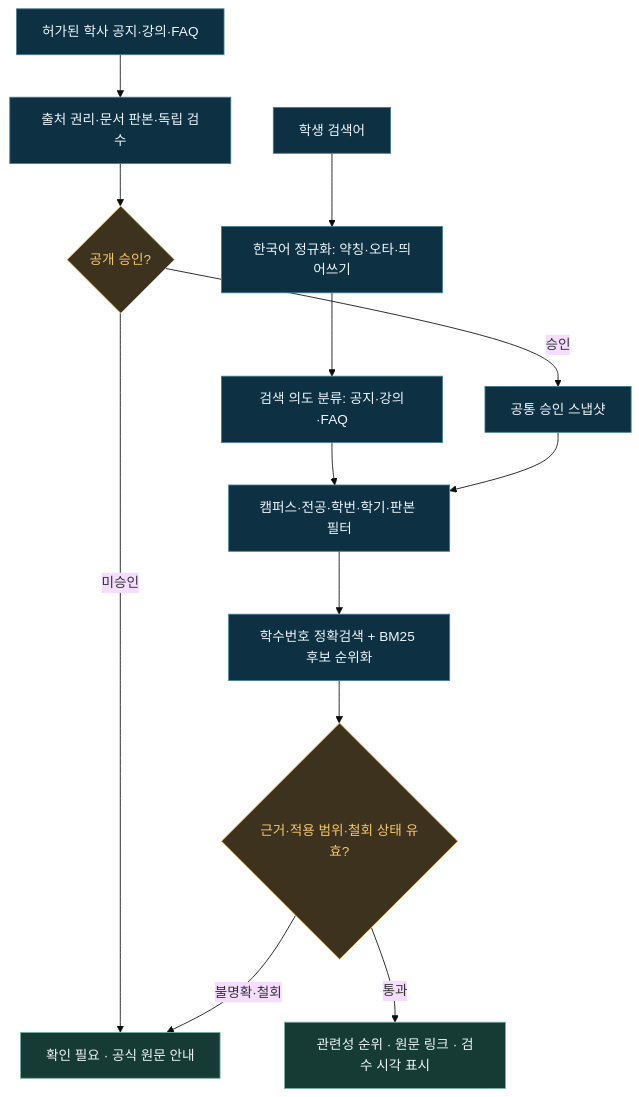
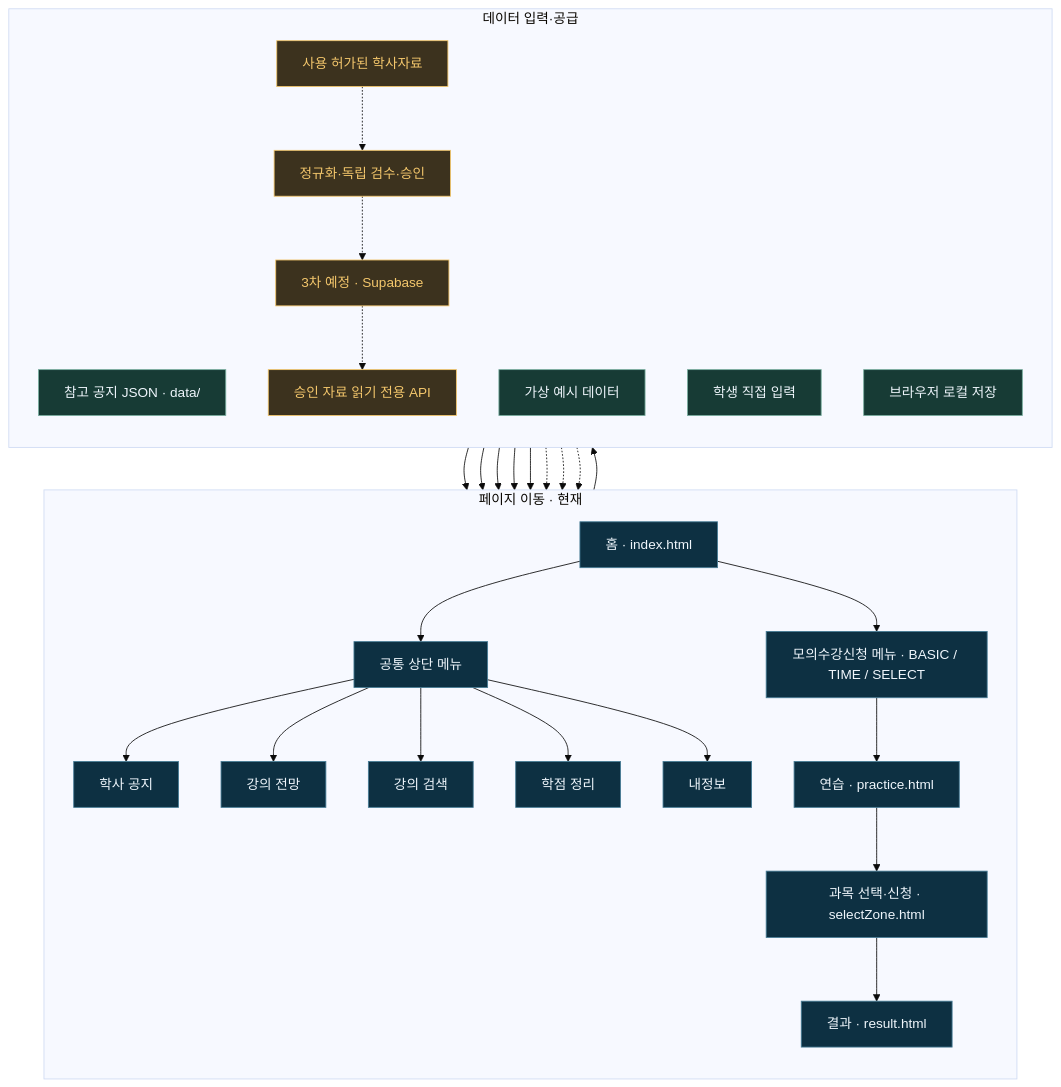
The diagram in README.md (chny0n/Hanmo), drawn with Mermaid (base theme) before and after one commit. The commit also changed other lines of this file, not shown here.

Commit message:
docs: replace search flowchart with site navigation and data-entry map

````diff
--- a/README.md
+++ b/README.md
@@ -59,21 +59,39 @@
 ```mermaid
-flowchart TD
-    A["허가된 학사 공지·강의·FAQ"] --> B["출처 권리·문서 판본·독립 검수"]
-    B --> C{"공개 승인?"}
-    C -->|미승인| H["확인 필요 · 공식 원문 안내"]
-    C -->|승인| D["공통 승인 스냅샷"]
-    Q["학생 검색어"] --> N["한국어 정규화: 약칭·오타·띄어쓰기"]
-    N --> I["검색 의도 분류: 공지·강의·FAQ"]
-    I --> F["캠퍼스·전공·학번·학기·판본 필터"]
-    D --> F
-    F --> R["학수번호 정확검색 + BM25 후보 순위화"]
-    R --> G{"근거·적용 범위·철회 상태 유효?"}
-    G -->|통과| O["관련성 순위 · 원문 링크 · 검수 시각 표시"]
-    G -->|불명확·철회| H
-    classDef source fill:#0d3042,stroke:#467c96,color:#eff6fc
-    classDef accent fill:#3c321e,stroke:#f4c76c,color:#f4c76c
-    classDef output fill:#163b34,stroke:#79b1a6,color:#eff6fc
-    class A,B,D,Q,N,I,F,R source
-    class C,G accent
-    class O,H output
+flowchart TB
+    subgraph P["페이지 이동 · 현재"]
+        direction TB
+        H["홈 · index.html"] --> NAV["공통 상단 메뉴"]
+        NAV --> N["학사 공지"]
+        NAV --> F["강의 전망"]
+        NAV --> C["강의 검색"]
+        NAV --> G["학점 정리"]
+        NAV --> I["내정보"]
+        H --> M["모의수강신청 메뉴 · BASIC / TIME / SELECT"]
+        M --> PR["연습 · practice.html"]
+        PR --> SZ["과목 선택·신청 · selectZone.html"]
+        SZ --> R["결과 · result.html"]
+    end
+
+    subgraph D["데이터 입력·공급"]
+        direction TB
+        J["참고 공지 JSON · data/"] --> N
+        X["가상 예시 데이터"] --> F
+        X --> C
+        U["학생 직접 입력"] --> I
+        I --> LS["브라우저 로컬 저장"]
+        U --> G
+        S["사용 허가된 학사자료"] -.-> V["정규화·독립 검수·승인"]
+        V -.-> DB["3차 예정 · Supabase"]
+        DB -.-> API["승인 자료 읽기 전용 API"]
+        API -.-> N
+        API -.-> F
+        API -.-> C
+    end
+
+    classDef page fill:#0d3042,stroke:#467c96,color:#eff6fc
+    classDef data fill:#173b35,stroke:#78ad9e,color:#eff6fc
+    classDef planned fill:#3c321e,stroke:#f4c76c,color:#f4c76c
+    class H,NAV,N,F,C,G,I,M,PR,SZ,R page
+    class J,X,U,LS data
+    class S,V,DB,API planned
 ```
````
